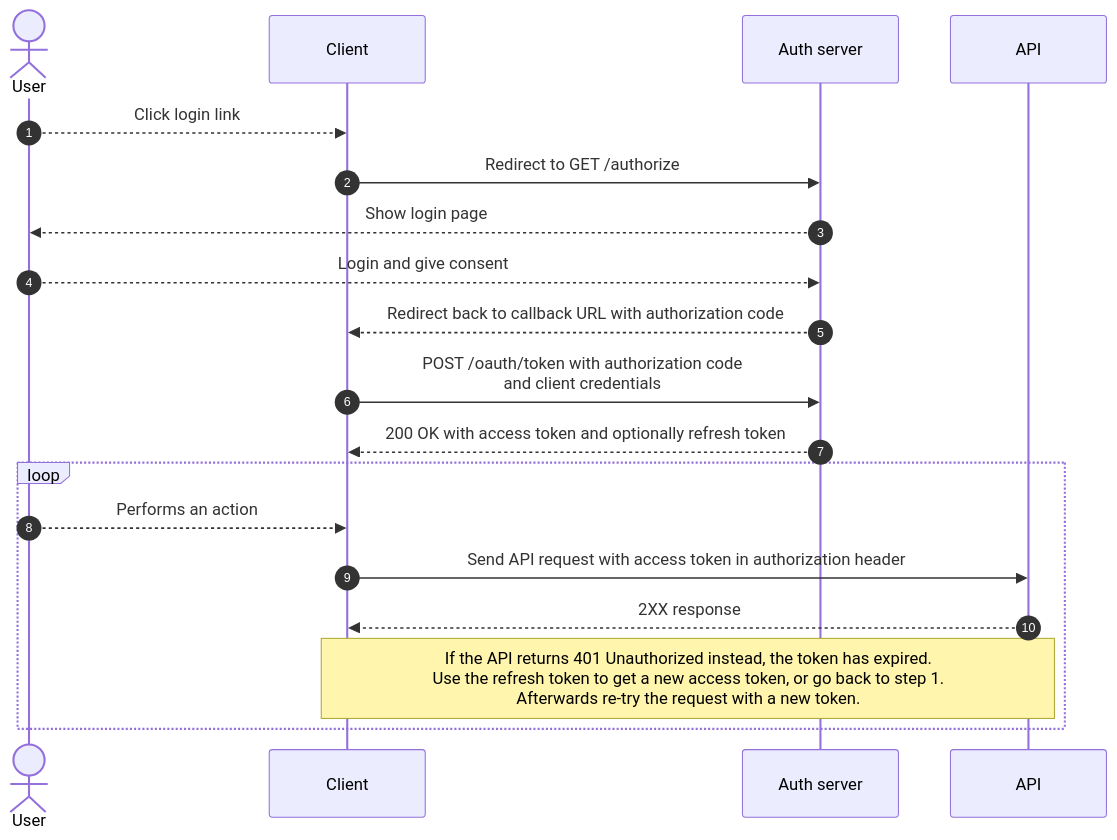
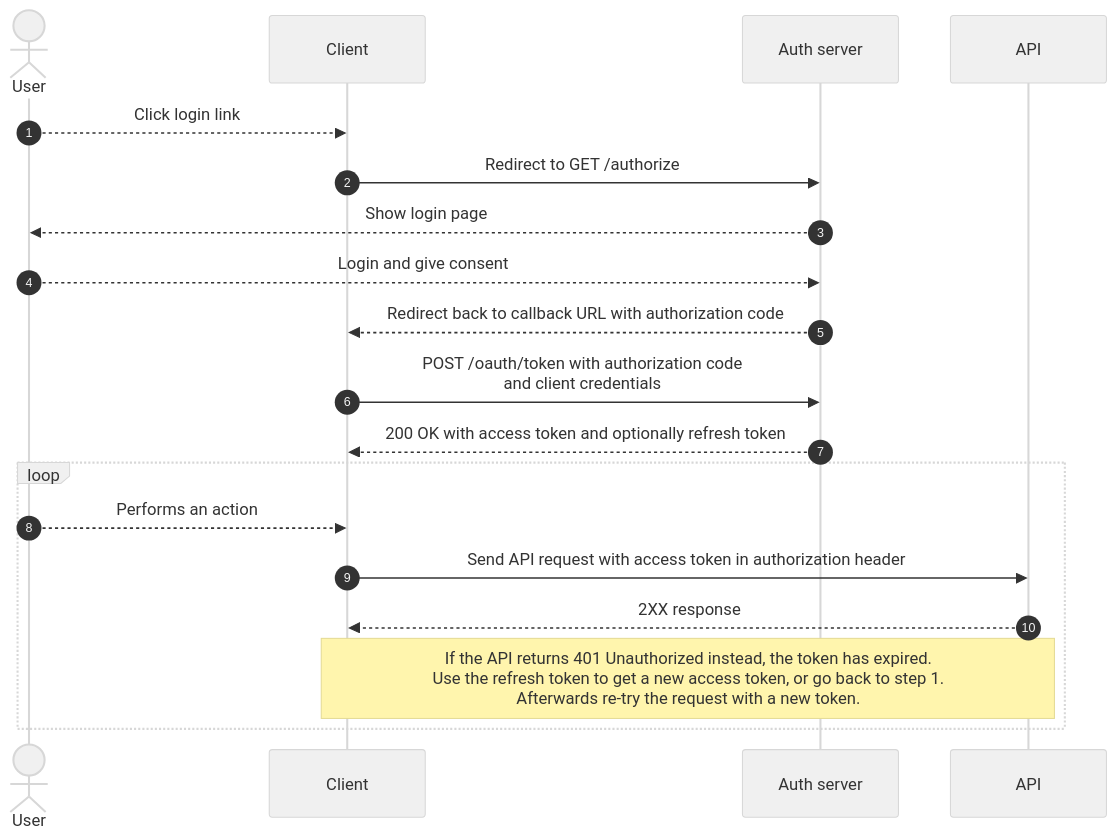
One commit to cultuurnet/apidocs changed the first of 2 diagrams in projects/authentication/docs/user-access-token.md. Above: the diagram before and after it, drawn with Mermaid.

Commit message:
Try to fix fontFamily

````diff
--- a/projects/authentication/docs/user-access-token.md
+++ b/projects/authentication/docs/user-access-token.md
@@ -35,19 +35,19 @@
 ```mermaid
-%%{init: {'theme':'base', 'themeVariables': { 'primaryColor': '#f0f0f0', 'fontFamily': 'Roboto,"Helvetica Neue",Arial,"Noto Sans",sans-serif,"Apple Color Emoji","Segoe UI Emoji","Segoe UI Symbol","Noto Color Emoji"'' }}}%%
+%%{init: {'theme':'base', 'themeVariables': { 'primaryColor': '#f0f0f0', 'fontFamily': 'sans-serif' }}}%%
 sequenceDiagram
     autonumber
     actor User
     User-->>Client: Click login link
     Client->>Auth server: Redirect to GET /authorize
     Auth server-->>User: Show login page
     User-->>Auth server: Login and give consent
     Auth server-->>Client: Redirect back to callback URL with authorization code
     Client->>Auth server: POST /oauth/token with authorization code<br /> and client credentials
     Auth server-->>Client: 200 OK with access token and optionally refresh token
     loop
         User-->>Client: Performs an action
         Client->>API: Send API request with access token in authorization header
         API-->>Client: 2XX response
         note over API,Client: If the API returns 401 Unauthorized instead, the token has expired.<br />Use the refresh token to get a new access token, or go back to step 1.<br /> Afterwards re-try the request with a new token.
     end
 ```
````
